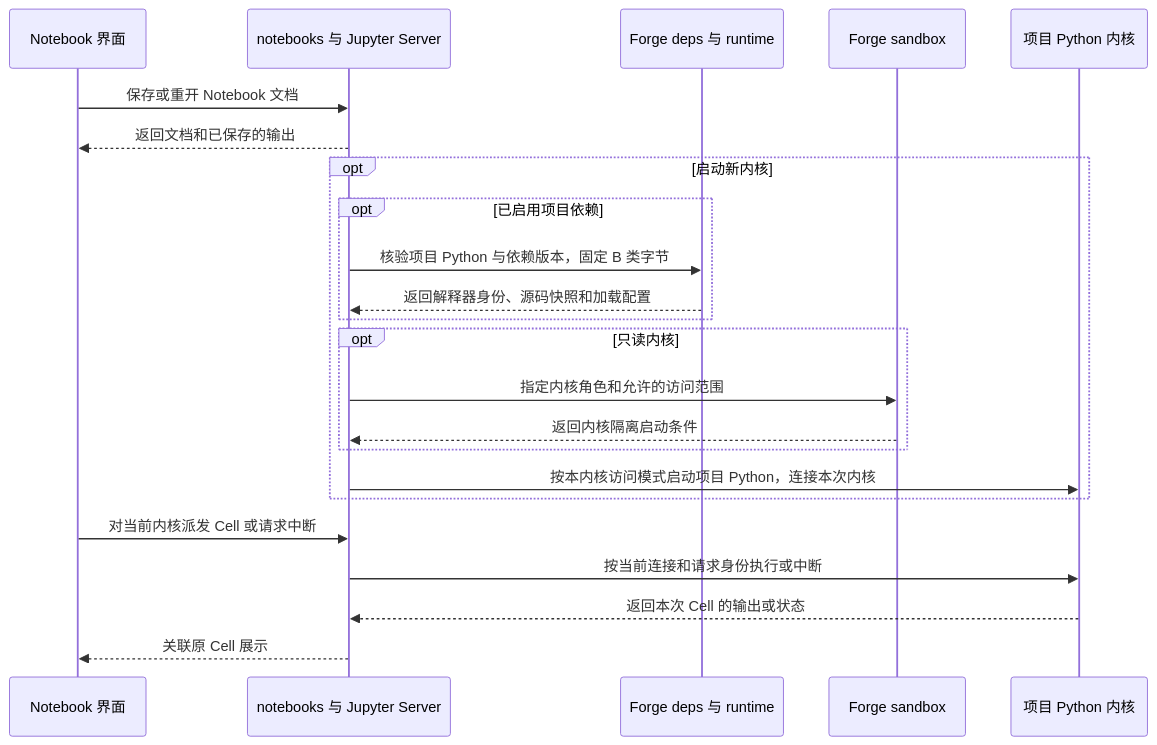
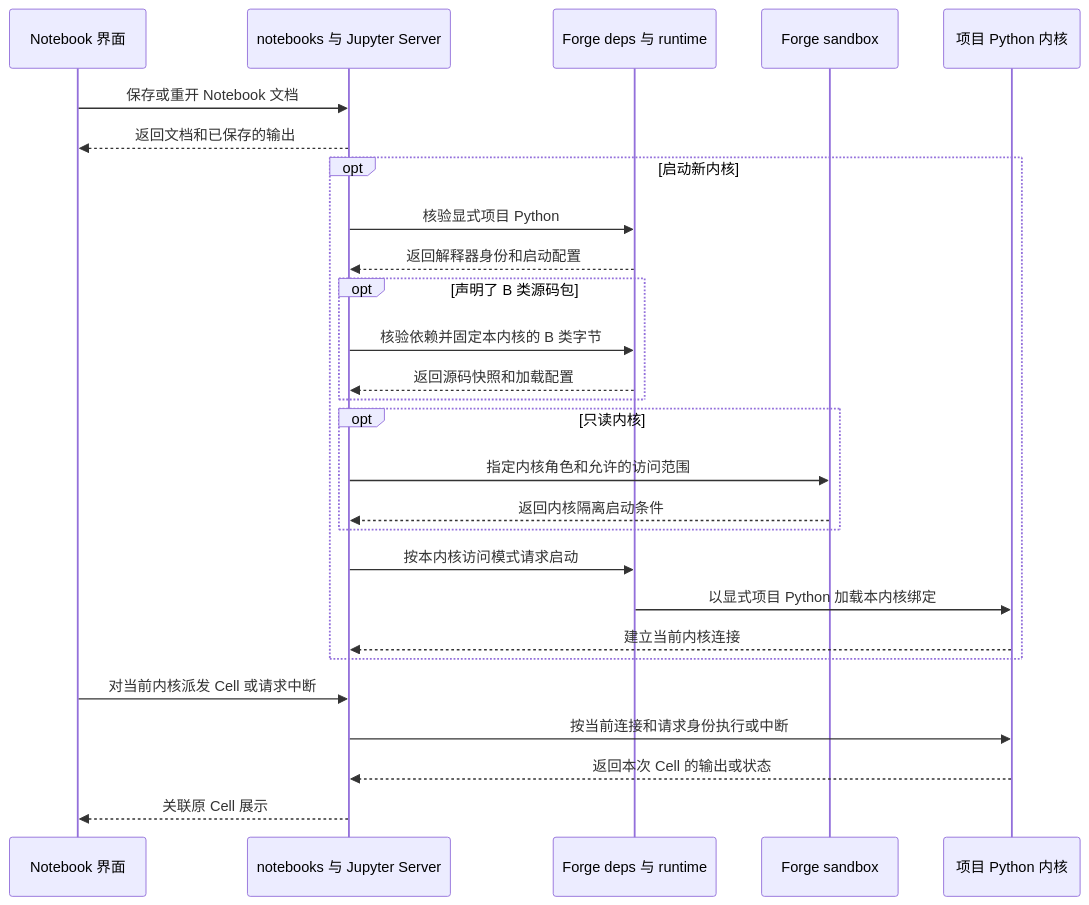
Before and after one commit to vincent9299/demiflow: the tenth of 14 diagrams in docs/demiflow-architecture.md, drawn with Mermaid. The commit also changed other lines of this file, not shown here.

Commit message:
Bind every business Python launch to the project runtime contract

````diff
--- a/docs/demiflow-architecture.md
+++ b/docs/demiflow-architecture.md
@@ -340,25 +340,29 @@
 ```mermaid
 sequenceDiagram
     participant U as Notebook 界面
     participant N as notebooks 与 Jupyter Server
     participant R as Forge deps 与 runtime
     participant S as Forge sandbox
     participant K as 项目 Python 内核
     U->>N: 保存或重开 Notebook 文档
     N-->>U: 返回文档和已保存的输出
     opt 启动新内核
-        opt 已启用项目依赖
-            N->>R: 核验项目 Python 与依赖版本，固定 B 类字节
-            R-->>N: 返回解释器身份、源码快照和加载配置
+        N->>R: 核验显式项目 Python
+        R-->>N: 返回解释器身份和启动配置
+        opt 声明了 B 类源码包
+            N->>R: 核验依赖并固定本内核的 B 类字节
+            R-->>N: 返回源码快照和加载配置
         end
         opt 只读内核
             N->>S: 指定内核角色和允许的访问范围
             S-->>N: 返回内核隔离启动条件
         end
-        N->>K: 按本内核访问模式启动项目 Python，连接本次内核
+        N->>R: 按本内核访问模式请求启动
+        R->>K: 以显式项目 Python 加载本内核绑定
+        K-->>N: 建立当前内核连接
     end
     U->>N: 对当前内核派发 Cell 或请求中断
     N->>K: 按当前连接和请求身份执行或中断
     K-->>N: 返回本次 Cell 的输出或状态
     N-->>U: 关联原 Cell 展示
 ```
````
